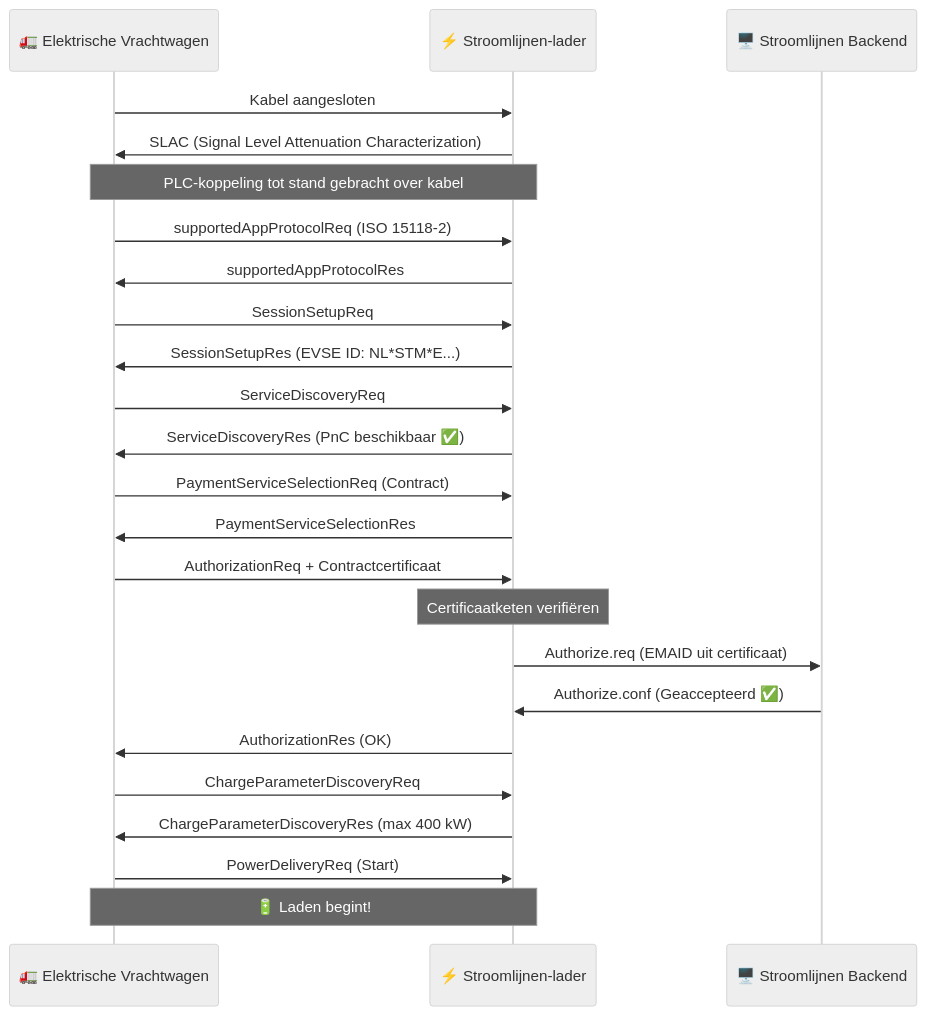
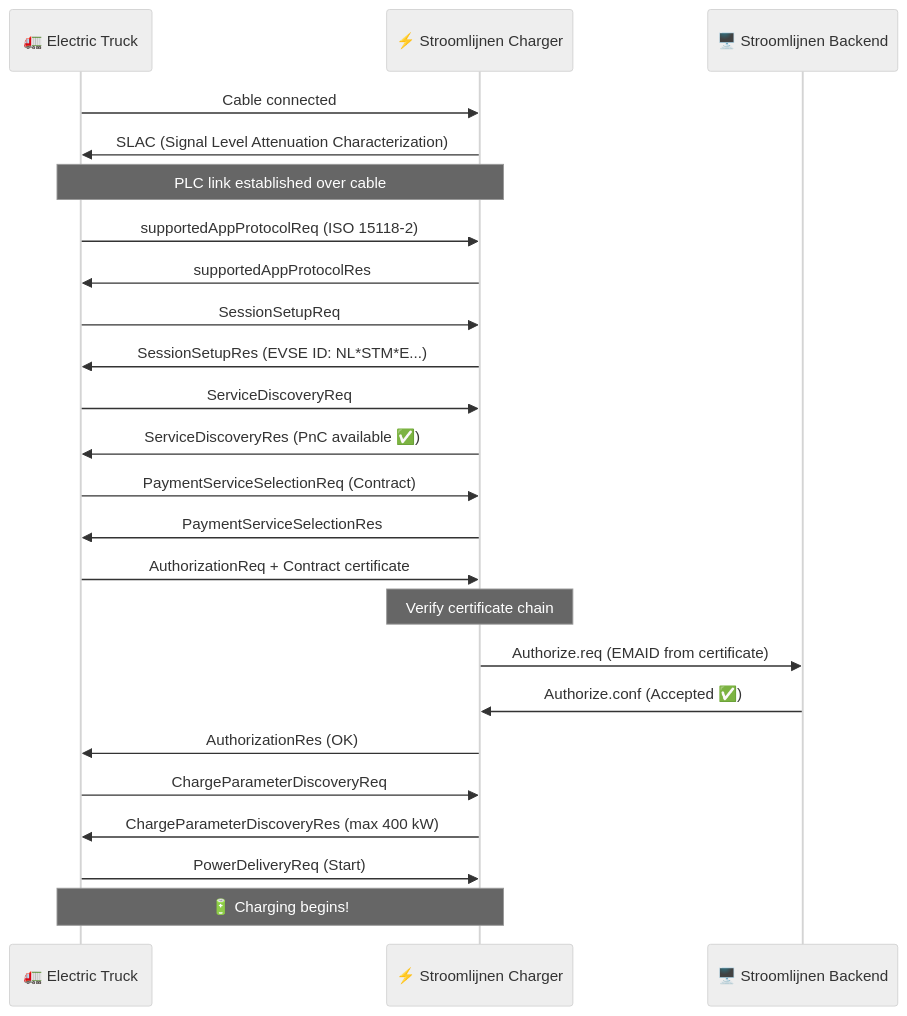
One commit to imichelena/stroomlijnen-docs changed the diagram in i18n/en/docusaurus-plugin-content-docs/current/plug-and-charge/how-it-works.md. Above: the diagram before and after it, drawn with Mermaid (neutral theme). The commit also changed other lines of this file and 74 other files, not shown here.

````diff
--- a/i18n/en/docusaurus-plugin-content-docs/current/plug-and-charge/how-it-works.md
+++ b/i18n/en/docusaurus-plugin-content-docs/current/plug-and-charge/how-it-works.md
@@ -38,34 +39,34 @@
 ```mermaid
 sequenceDiagram
-    participant Truck as 🚛 Elektrische Vrachtwagen
-    participant Charger as ⚡ Stroomlijnen-lader
+    participant Truck as 🚛 Electric Truck
+    participant Charger as ⚡ Stroomlijnen Charger
     participant Backend as 🖥️ Stroomlijnen Backend
 
-    Truck->>Charger: Kabel aangesloten
+    Truck->>Charger: Cable connected
     Charger->>Truck: SLAC (Signal Level Attenuation Characterization)
-    Note over Truck,Charger: PLC-koppeling tot stand gebracht over kabel
+    Note over Truck,Charger: PLC link established over cable
 
     Truck->>Charger: supportedAppProtocolReq (ISO 15118-2)
     Charger->>Truck: supportedAppProtocolRes
 
     Truck->>Charger: SessionSetupReq
     Charger->>Truck: SessionSetupRes (EVSE ID: NL*STM*E...)
 
     Truck->>Charger: ServiceDiscoveryReq
-    Charger->>Truck: ServiceDiscoveryRes (PnC beschikbaar ✅)
+    Charger->>Truck: ServiceDiscoveryRes (PnC available ✅)
 
     Truck->>Charger: PaymentServiceSelectionReq (Contract)
     Charger->>Truck: PaymentServiceSelectionRes
 
-    Truck->>Charger: AuthorizationReq + Contractcertificaat
-    Note over Charger: Certificaatketen verifiëren
-    Charger->>Backend: Authorize.req (EMAID uit certificaat)
-    Backend->>Charger: Authorize.conf (Geaccepteerd ✅)
+    Truck->>Charger: AuthorizationReq + Contract certificate
+    Note over Charger: Verify certificate chain
+    Charger->>Backend: Authorize.req (EMAID from certificate)
+    Backend->>Charger: Authorize.conf (Accepted ✅)
     Charger->>Truck: AuthorizationRes (OK)
 
     Truck->>Charger: ChargeParameterDiscoveryReq
     Charger->>Truck: ChargeParameterDiscoveryRes (max 400 kW)
 
     Truck->>Charger: PowerDeliveryReq (Start)
-    Note over Truck,Charger: 🔋 Laden begint!
+    Note over Truck,Charger: 🔋 Charging begins!
 ```
````
